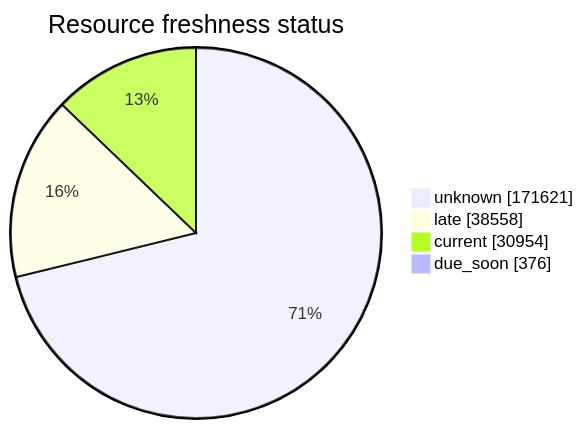
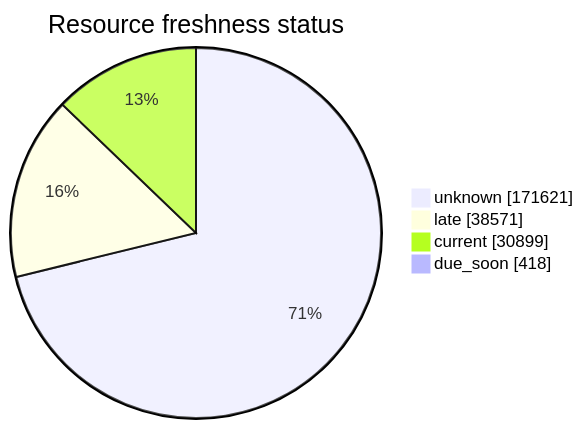
One commit to open-data/analytics-corporate-reporting changed the third of 5 diagrams in FreshCheck/README.md. Above: the diagram before and after it, drawn with Mermaid. The commit also changed other lines of this file and 3 other files, not shown here.

````diff
--- a/FreshCheck/README.md
+++ b/FreshCheck/README.md
@@ -77,7 +77,7 @@
 ```mermaid
 pie showData title Resource freshness status
     "unknown": 171621
-    "late": 38558
-    "current": 30954
-    "due_soon": 376
+    "late": 38571
+    "current": 30899
+    "due_soon": 418
 ```
````
